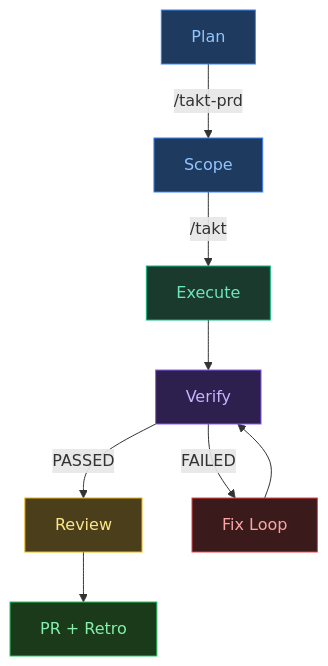
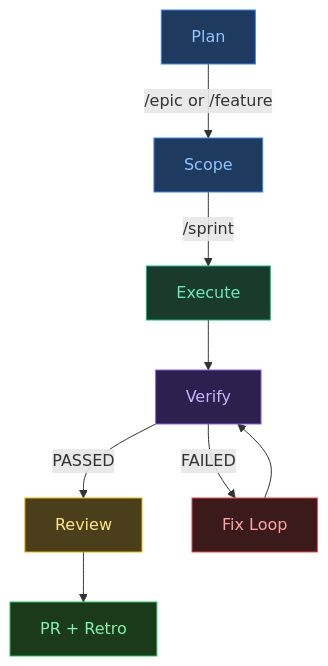
The first of 3 diagrams in README.md (Sebstrdigital/takt), drawn with Mermaid before and after one commit. The commit also changed other lines of this file and 1 other file, not shown here.

Commit message:
docs: update README planning flow and CHANGELOG for PRs #7 and #8

````diff
--- a/README.md
+++ b/README.md
@@ -22,18 +22,18 @@
 ```mermaid
 graph TD
-    A["Plan"] -- "/takt-prd" --> B["Scope"]
-    B -- "/takt" --> C["Execute"]
+    A["Plan"] -- "/epic or /feature" --> B["Scope"]
+    B -- "/sprint" --> C["Execute"]
     C --> D["Verify"]
     D -- "PASSED" --> E["Review"]
     D -- "FAILED" --> F["Fix Loop"]
     F --> D
     E --> G["PR + Retro"]
 
     style A fill:#1e3a5f,stroke:#3b82f6,color:#93c5fd
     style B fill:#1e3a5f,stroke:#3b82f6,color:#93c5fd
     style C fill:#1a3a2e,stroke:#10b981,color:#6ee7b7
     style D fill:#2d1f4e,stroke:#8b5cf6,color:#c4b5fd
     style E fill:#4a3f1a,stroke:#eab308,color:#fde68a
     style F fill:#3a1a1a,stroke:#ef4444,color:#fca5a5
     style G fill:#1a3a1a,stroke:#22c55e,color:#86efac
 ```
````
